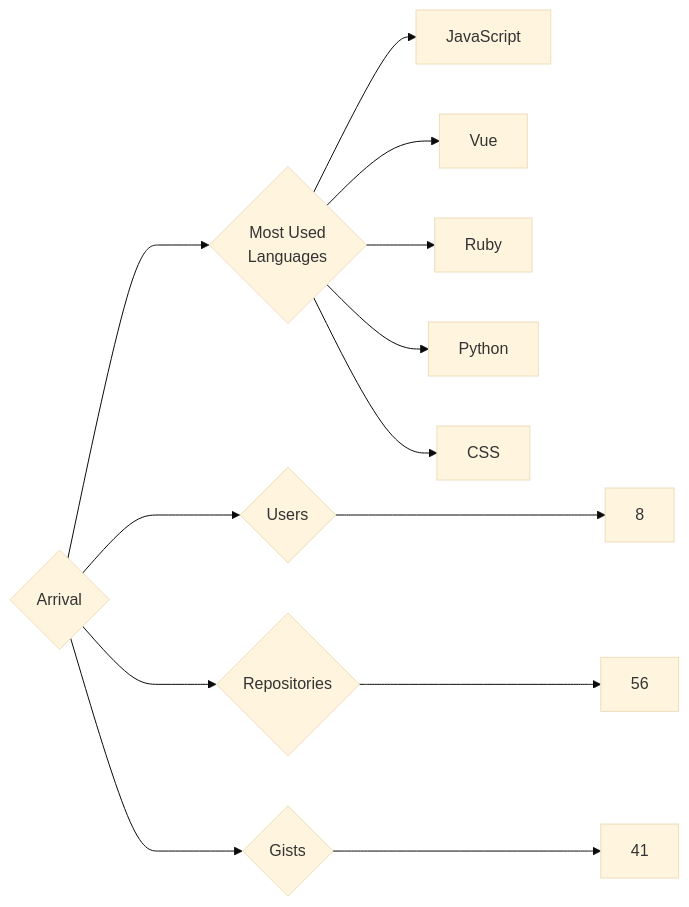
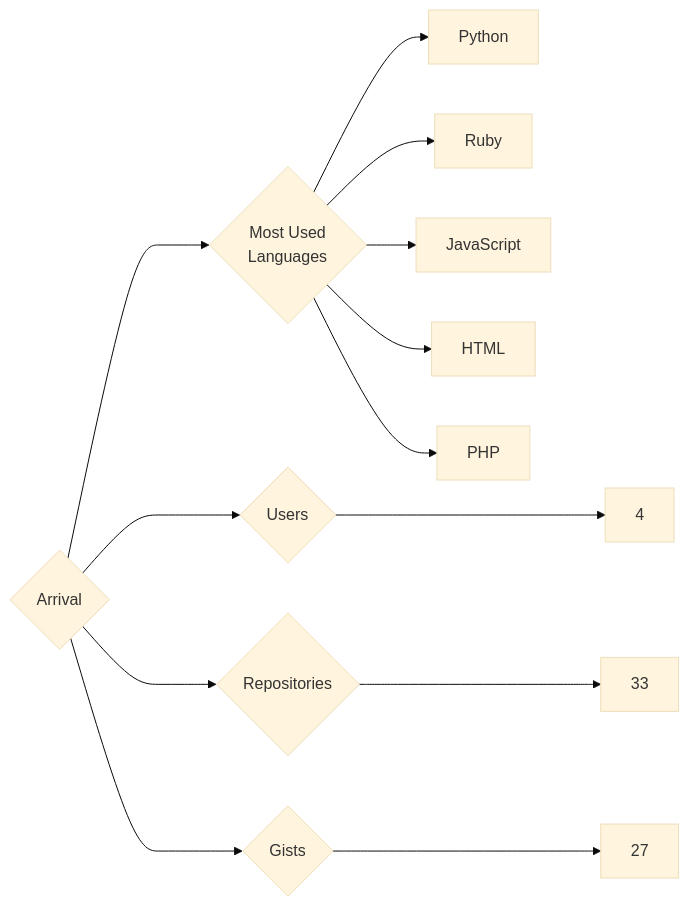
The diagram in targets/Arrival/README.md (trickest/insiders), drawn with Mermaid (base theme) before and after one commit. The commit also changed 993 other files, not shown here.

````diff
--- a/targets/Arrival/README.md
+++ b/targets/Arrival/README.md
@@ -3,13 +3,13 @@
 ```mermaid
 graph LR
 COMPANY_NAME{Arrival}
-COMPANY_NAME ---> U{Users} ---> UN[8]
-COMPANY_NAME ---> R{Repositories} ---> RN[56]
-COMPANY_NAME ---> G{Gists} ---> GN[41]
+COMPANY_NAME ---> U{Users} ---> UN[4]
+COMPANY_NAME ---> R{Repositories} ---> RN[33]
+COMPANY_NAME ---> G{Gists} ---> GN[27]
 COMPANY_NAME ---> ML{Most Used<br>Languages}
+ML --> Python[Python]
+ML --> Ruby[Ruby]
 ML --> JavaScript[JavaScript]
-ML --> Vue[Vue]
-ML --> Ruby[Ruby]
-ML --> Python[Python]
-ML --> CSS[CSS]
+ML --> HTML[HTML]
+ML --> PHP[PHP]
 ```
````
